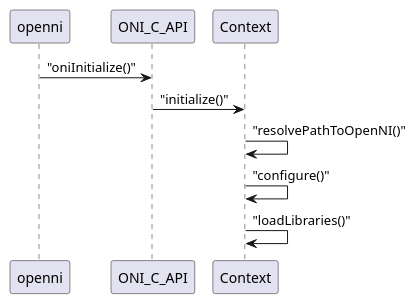
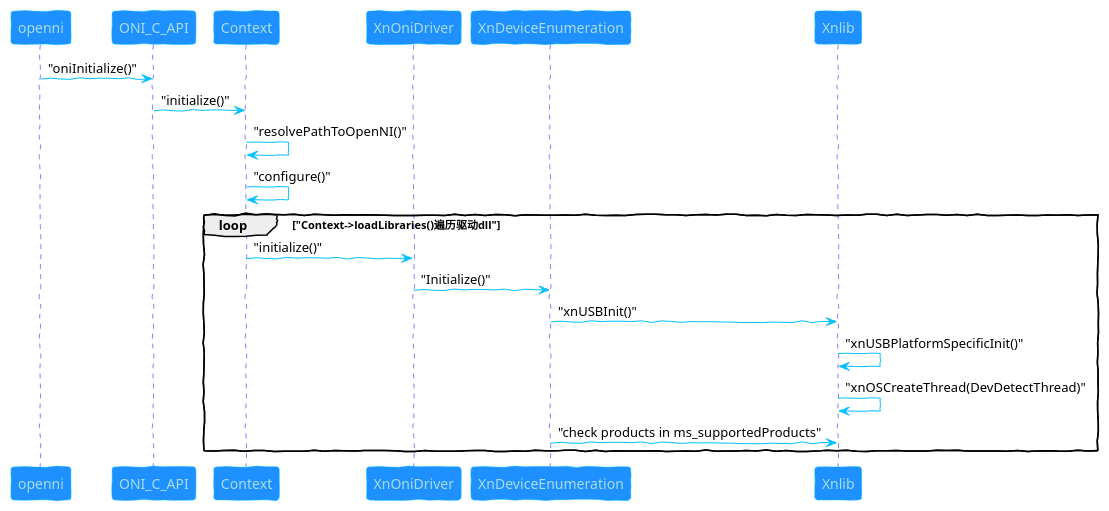
One commit to frank2019/tech_note_blog changed the diagram in common/plantuml/openni2.puml. Above: the diagram before and after it, drawn with PlantUML. The commit also changed 3 other files, not shown here.

```diff
--- a/common/plantuml/openni2.puml
+++ b/common/plantuml/openni2.puml
@@ -1,9 +1,41 @@
 @startuml
+
+skinparam backfroundColor #EEEBDC
+skinparam handwritten true
+
+skinparam sequence {
+
+    ArrowColor DeepSkyBlue
+    ActorBorderColor blue
+    LifeLineBorderColor blue
+    LifeLineBackgroundColor #A9DCDF
+
+    ParticipantBorderColor DeepSkyBlue
+    ParticipantBackgroundColor DodgerBlue
+    ParticipantFontName Aapex
+    ParticipantFontColor #A9DCDF
+
+    ActorBackgroundColor aqua
+    ActorFontColor DeepSkyBlue
+    ActorFontSize 17
+    ActorFontName Aapex
+}
 
 openni->ONI_C_API:"oniInitialize()" 
 ONI_C_API->Context:"initialize()"
 Context->Context:"resolvePathToOpenNI()"
 Context->Context:"configure()"
-Context->Context:"loadLibraries()"
+
+loop "Context->loadLibraries()遍历驱动dll"
+Context->XnOniDriver:"initialize()"
+XnOniDriver->XnDeviceEnumeration:"Initialize()"
+XnDeviceEnumeration->Xnlib:"xnUSBInit()"
+Xnlib->Xnlib:"xnUSBPlatformSpecificInit()"
+Xnlib->Xnlib:"xnOSCreateThread(DevDetectThread)"
+XnDeviceEnumeration->Xnlib:"check products in ms_supportedProducts"
+end
+
+
+
 
 @enduml
```
